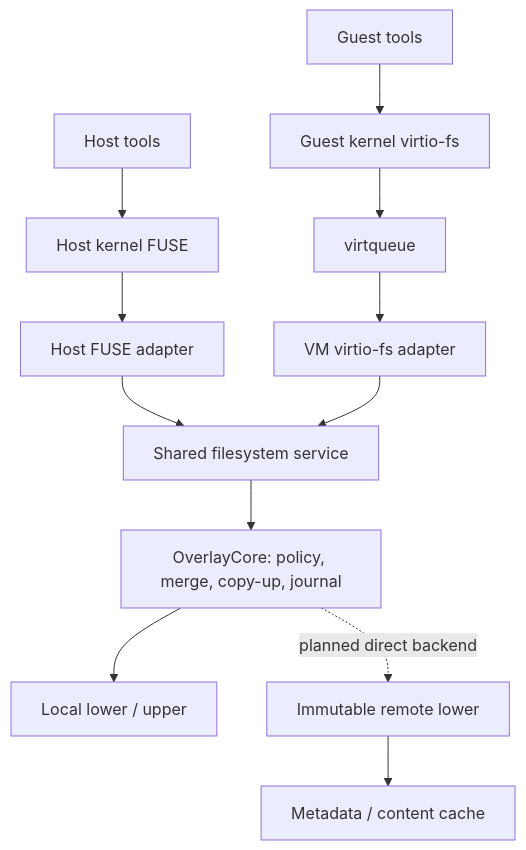
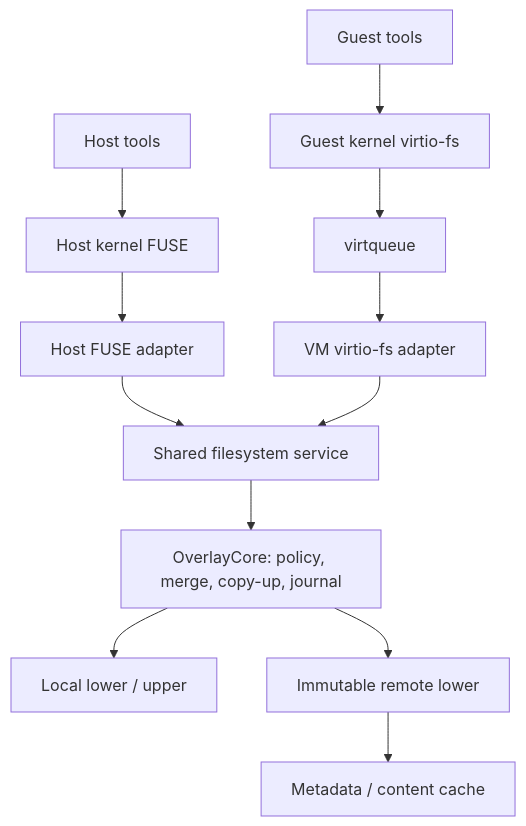
Before and after one commit to DeepLink-org/pvisor: the diagram in docs/src/en/design/overlayfs.md, drawn with Mermaid. The commit also changed other lines of this file and 397 other files, not shown here.

````diff
--- a/docs/src/en/design/overlayfs.md
+++ b/docs/src/en/design/overlayfs.md
@@ -41,14 +42,14 @@
 ```mermaid
 flowchart TD
     H[Host tools] --> HK[Host kernel FUSE]
     HK --> HA[Host FUSE adapter]
     G[Guest tools] --> GK[Guest kernel virtio-fs]
     GK --> VQ[virtqueue]
     VQ --> VA[VM virtio-fs adapter]
     HA --> S[Shared filesystem service]
     VA --> S
     S --> O[OverlayCore: policy, merge, copy-up, journal]
     O --> L[Local lower / upper]
-    O -. planned direct backend .-> R[Immutable remote lower]
+    O --> R[Immutable remote lower]
     R --> C[Metadata / content cache]
 ```
````
